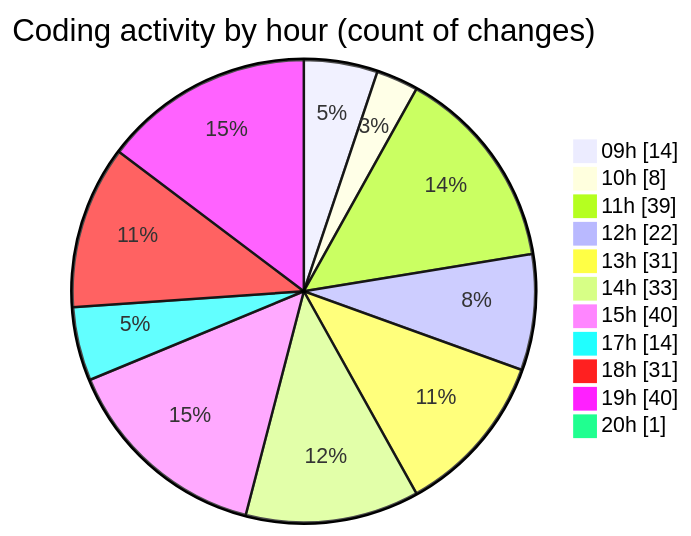
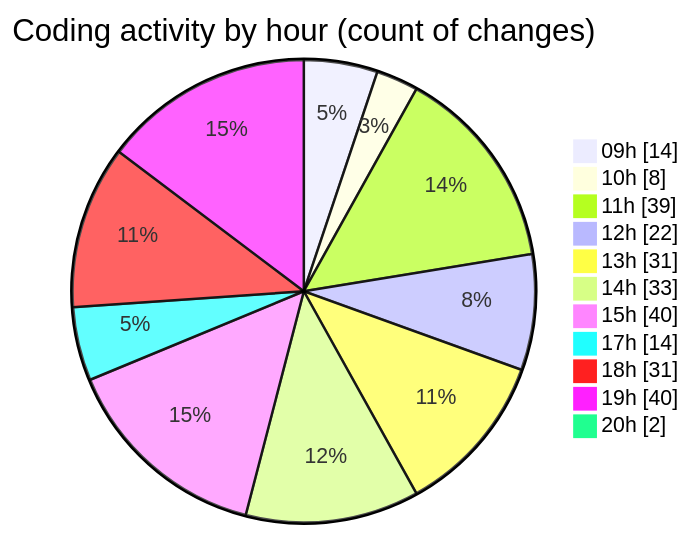
One commit to momahboobian/code-tracking changed the second of 2 diagrams in 2025-02-07/cda/README.md. Above: the diagram before and after it, drawn with Mermaid. The commit also changed other lines of this file and 1 other file, not shown here.

````diff
--- a/2025-02-07/cda/README.md
+++ b/2025-02-07/cda/README.md
@@ -72,15 +72,15 @@
 ```mermaid
 pie showData
 title Coding activity by hour (count of changes)
 "09h" : 14
 "10h" : 8
 "11h" : 39
 "12h" : 22
 "13h" : 31
 "14h" : 33
 "15h" : 40
 "17h" : 14
 "18h" : 31
 "19h" : 40
-"20h" : 1
+"20h" : 2
 ```
````
